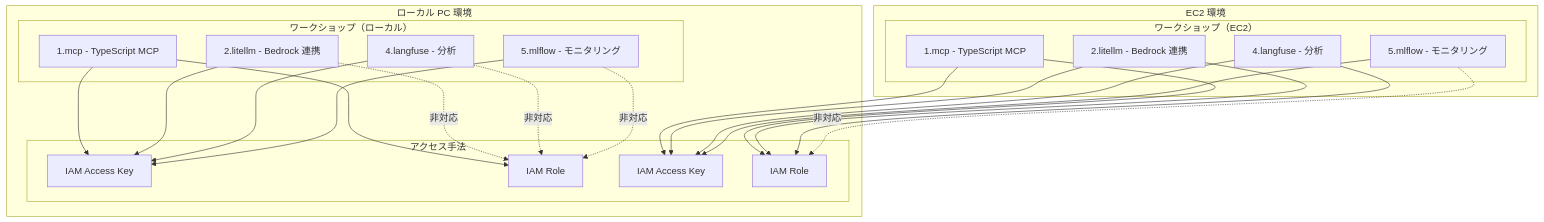
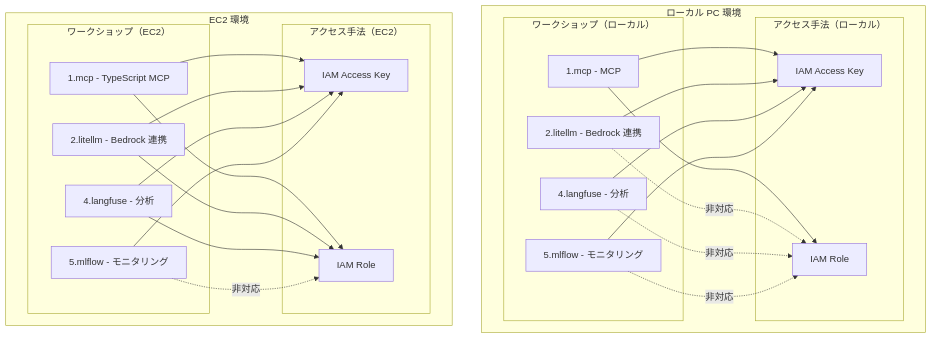
One commit to littlemex/aws-samples changed the diagram in workshops/ai-coding-workshop/cline/0.setup/requirements.md. Above: the diagram before and after it, drawn with Mermaid.

Commit message:
0.setup/requirements.md mod privileges

````diff
--- a/workshops/ai-coding-workshop/cline/0.setup/requirements.md
+++ b/workshops/ai-coding-workshop/cline/0.setup/requirements.md
@@ -7,50 +7,50 @@
 ```mermaid
 graph TB
     subgraph "ローカル PC 環境"
         subgraph "ワークショップ（ローカル）"
-            WL1[1.mcp - TypeScript MCP]
+            WL1[1.mcp - MCP]
             WL2[2.litellm - Bedrock 連携]
             WL4[4.langfuse - 分析]
             WL5[5.mlflow - モニタリング]
         end
         
-        subgraph "アクセス手法"
+        subgraph "アクセス手法（ローカル）"
             AL1[IAM Access Key]
             AL2[IAM Role]
         end
         
         WL1 --> AL1
         WL2 --> AL1
         WL4 --> AL1
         WL5 --> AL1
         
         WL1 --> AL2
         WL2 -.->|非対応| AL2
         WL4 -.->|非対応| AL2
         WL5 -.->|非対応| AL2
     end
     
     subgraph "EC2 環境"
         subgraph "ワークショップ（EC2）"
             WE1[1.mcp - TypeScript MCP]
             WE2[2.litellm - Bedrock 連携]
             WE4[4.langfuse - 分析]
             WE5[5.mlflow - モニタリング]
         end
         
-        subgraph "アクセス手法"
+        subgraph "アクセス手法（EC2）"
             AE1[IAM Access Key]
             AE2[IAM Role]
         end
         
         WE1 --> AE1
         WE2 --> AE1
         WE4 --> AE1
         WE5 --> AE1
         
         WE1 --> AE2
         WE2 --> AE2
         WE4 --> AE2
         WE5 -.->|非対応| AE2
     end
 ```
````
